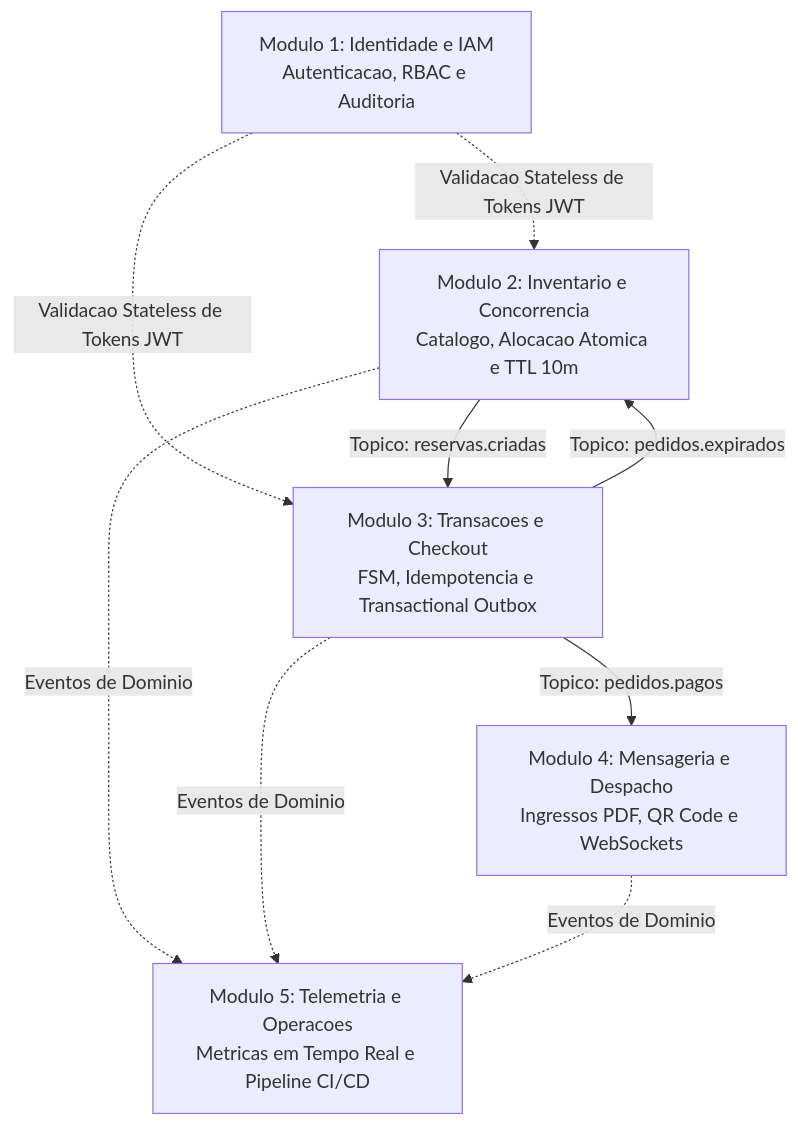
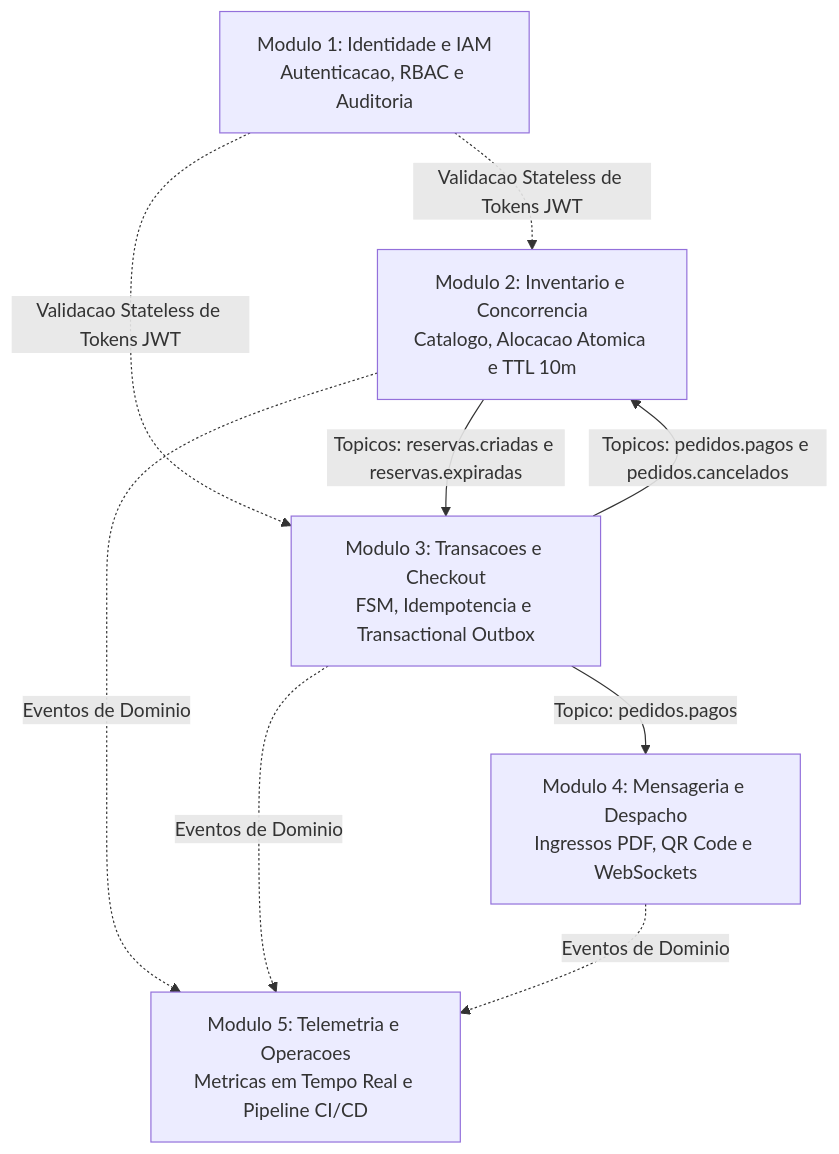
The diagram in Pacote 1 - Processo de Desenvolvimento e Requisitos/03 - Requisitos Funcionais (5 Modulos).md (leofwingert/BolsoPass), drawn with Mermaid before and after one commit. The commit also changed other lines of this file and 8 other files, not shown here.

````diff
--- a/Pacote 1 - Processo de Desenvolvimento e Requisitos/03 - Requisitos Funcionais (5 Modulos).md
+++ b/Pacote 1 - Processo de Desenvolvimento e Requisitos/03 - Requisitos Funcionais (5 Modulos).md
@@ -26,17 +26,17 @@
 ```mermaid
 flowchart TD
     M1["Modulo 1: Identidade e IAM<br/>Autenticacao, RBAC e Auditoria"]
     M2["Modulo 2: Inventario e Concorrencia<br/>Catalogo, Alocacao Atomica e TTL 10m"]
     M3["Modulo 3: Transacoes e Checkout<br/>FSM, Idempotencia e Transactional Outbox"]
     M4["Modulo 4: Mensageria e Despacho<br/>Ingressos PDF, QR Code e WebSockets"]
     M5["Modulo 5: Telemetria e Operacoes<br/>Metricas em Tempo Real e Pipeline CI/CD"]
 
     M1 -.->|Validacao Stateless de Tokens JWT| M2
     M1 -.->|Validacao Stateless de Tokens JWT| M3
-    M2 -->|Topico: reservas.criadas| M3
+    M2 -->|Topicos: reservas.criadas e reservas.expiradas| M3
     M3 -->|Topico: pedidos.pagos| M4
-    M3 -->|Topico: pedidos.expirados| M2
+    M3 -->|Topicos: pedidos.pagos e pedidos.cancelados| M2
     M2 -.->|Eventos de Dominio| M5
     M3 -.->|Eventos de Dominio| M5
     M4 -.->|Eventos de Dominio| M5
 ```
````
